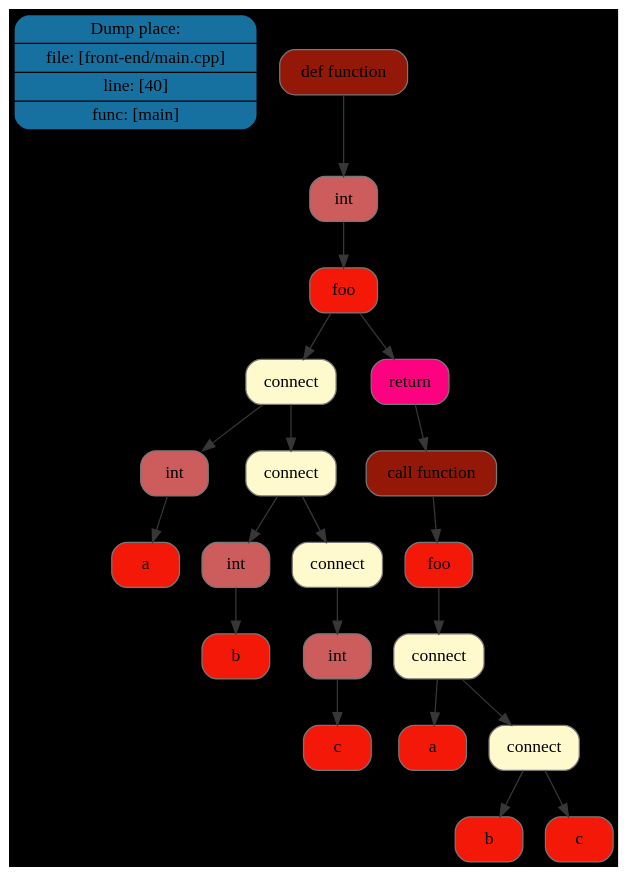
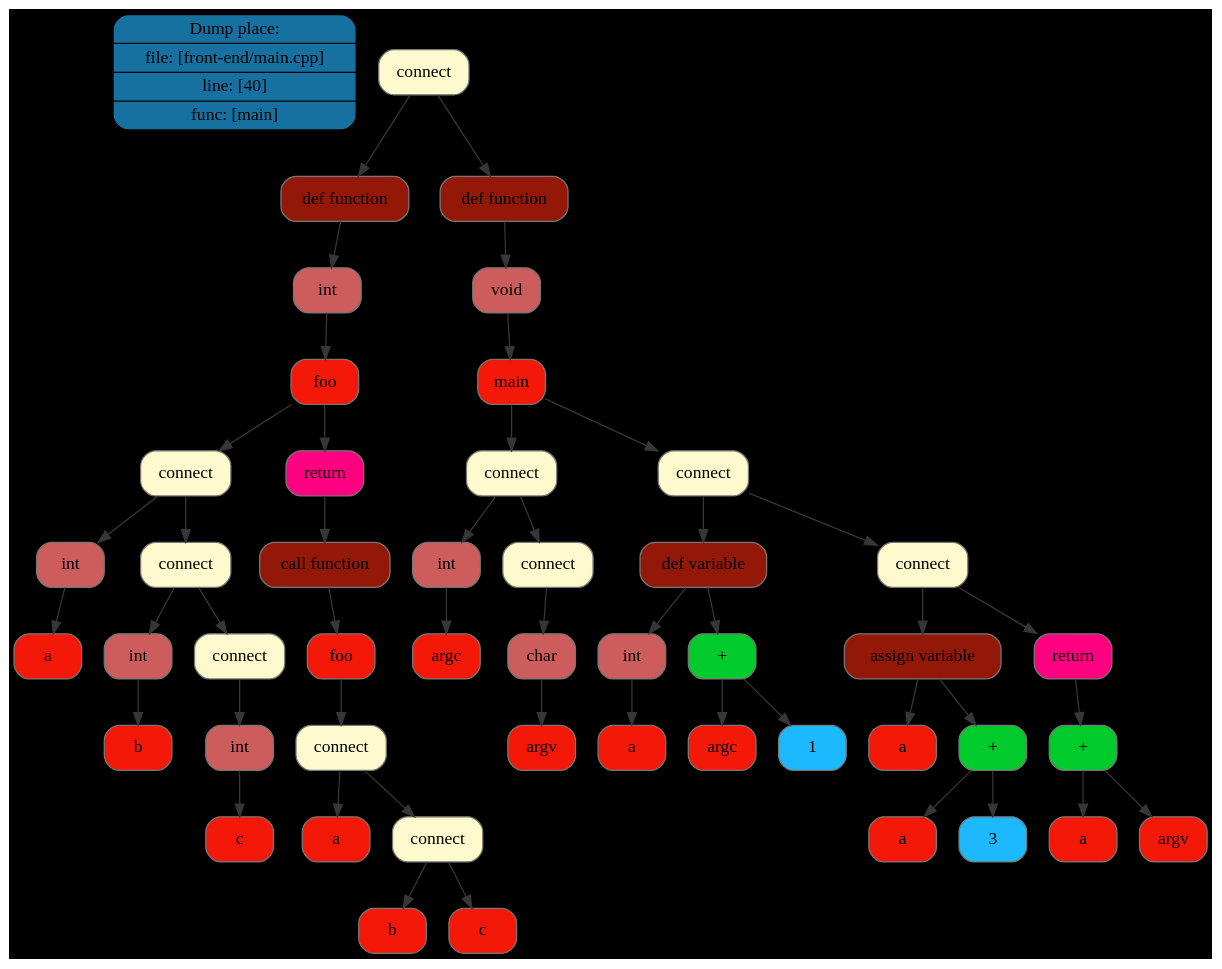
Before and after one commit to Maksim-Sebelev/Language: the diagram in dot/tree/dot/tree1.dot, drawn with Graphviz. The commit also changed 29 other files, not shown here.

```diff
--- a/dot/tree/dot/tree1.dot
+++ b/dot/tree/dot/tree1.dot
@@ -1,45 +1,99 @@
 digraph G{
 rankdir=TB
 graph [bgcolor="#000000"];
 place[shape=Mrecord, style=filled, fillcolor="#1771a0", pos="0,1!",label = " { Dump place: | file: [front-end/main.cpp] | line: [40] | func: [main] } "color = "#000000"];
-node0x5070000008e0[shape=Mrecord, style=filled, fillcolor="#931807"label = "def function", color = "#777777"];
+node0x5070000014b0[shape=Mrecord, style=filled, fillcolor="#FFFACD"label = "connect", color = "#777777"];
+node0x507000001440[shape=Mrecord, style=filled, fillcolor="#931807"label = "def function", color = "#777777"];
 node0x507000000090[shape=Mrecord, style=filled, fillcolor="#CD5C5C"label = "int", color = "#777777"];
 node0x507000000100[shape=Mrecord, style=filled, fillcolor="#f31807"label = "foo", color = "#777777"];
 node0x507000000250[shape=Mrecord, style=filled, fillcolor="#FFFACD"label = "connect", color = "#777777"];
 node0x507000000170[shape=Mrecord, style=filled, fillcolor="#CD5C5C"label = "int", color = "#777777"];
 node0x5070000001e0[shape=Mrecord, style=filled, fillcolor="#f31807"label = "a", color = "#777777"];
 node0x5070000003a0[shape=Mrecord, style=filled, fillcolor="#FFFACD"label = "connect", color = "#777777"];
 node0x5070000002c0[shape=Mrecord, style=filled, fillcolor="#CD5C5C"label = "int", color = "#777777"];
 node0x507000000330[shape=Mrecord, style=filled, fillcolor="#f31807"label = "b", color = "#777777"];
 node0x5070000004f0[shape=Mrecord, style=filled, fillcolor="#FFFACD"label = "connect", color = "#777777"];
 node0x507000000410[shape=Mrecord, style=filled, fillcolor="#CD5C5C"label = "int", color = "#777777"];
 node0x507000000480[shape=Mrecord, style=filled, fillcolor="#f31807"label = "c", color = "#777777"];
 node0x507000000870[shape=Mrecord, style=filled, fillcolor="#FF0080"label = "return", color = "#777777"];
 node0x507000000800[shape=Mrecord, style=filled, fillcolor="#931807"label = "call function", color = "#777777"];
 node0x507000000560[shape=Mrecord, style=filled, fillcolor="#f31807"label = "foo", color = "#777777"];
 node0x507000000790[shape=Mrecord, style=filled, fillcolor="#FFFACD"label = "connect", color = "#777777"];
 node0x5070000005d0[shape=Mrecord, style=filled, fillcolor="#f31807"label = "a", color = "#777777"];
 node0x507000000720[shape=Mrecord, style=filled, fillcolor="#FFFACD"label = "connect", color = "#777777"];
 node0x507000000640[shape=Mrecord, style=filled, fillcolor="#f31807"label = "b", color = "#777777"];
 node0x5070000006b0[shape=Mrecord, style=filled, fillcolor="#f31807"label = "c", color = "#777777"];
+node0x5070000013d0[shape=Mrecord, style=filled, fillcolor="#931807"label = "def function", color = "#777777"];
+node0x5070000008e0[shape=Mrecord, style=filled, fillcolor="#CD5C5C"label = "void", color = "#777777"];
+node0x507000000950[shape=Mrecord, style=filled, fillcolor="#f31807"label = "main", color = "#777777"];
+node0x507000000aa0[shape=Mrecord, style=filled, fillcolor="#FFFACD"label = "connect", color = "#777777"];
+node0x5070000009c0[shape=Mrecord, style=filled, fillcolor="#CD5C5C"label = "int", color = "#777777"];
+node0x507000000a30[shape=Mrecord, style=filled, fillcolor="#f31807"label = "argc", color = "#777777"];
+node0x507000000bf0[shape=Mrecord, style=filled, fillcolor="#FFFACD"label = "connect", color = "#777777"];
+node0x507000000b10[shape=Mrecord, style=filled, fillcolor="#CD5C5C"label = "char", color = "#777777"];
+node0x507000000b80[shape=Mrecord, style=filled, fillcolor="#f31807"label = "argv", color = "#777777"];
+node0x507000001360[shape=Mrecord, style=filled, fillcolor="#FFFACD"label = "connect", color = "#777777"];
+node0x507000000e90[shape=Mrecord, style=filled, fillcolor="#931807"label = "def variable", color = "#777777"];
+node0x507000000c60[shape=Mrecord, style=filled, fillcolor="#CD5C5C"label = "int", color = "#777777"];
+node0x507000000cd0[shape=Mrecord, style=filled, fillcolor="#f31807"label = "a", color = "#777777"];
+node0x507000000e20[shape=Mrecord, style=filled, fillcolor="#00ca2c"label = "\+", color = "#777777"];
+node0x507000000d40[shape=Mrecord, style=filled, fillcolor="#f31807"label = "argc", color = "#777777"];
+node0x507000000db0[shape=Mrecord, style=filled, fillcolor="#1cb9ff"label = "1", color = "#777777"];
+node0x5070000012f0[shape=Mrecord, style=filled, fillcolor="#FFFACD"label = "connect", color = "#777777"];
+node0x5070000010c0[shape=Mrecord, style=filled, fillcolor="#931807"label = "assign variable", color = "#777777"];
+node0x507000000f00[shape=Mrecord, style=filled, fillcolor="#f31807"label = "a", color = "#777777"];
+node0x507000001050[shape=Mrecord, style=filled, fillcolor="#00ca2c"label = "\+", color = "#777777"];
+node0x507000000f70[shape=Mrecord, style=filled, fillcolor="#f31807"label = "a", color = "#777777"];
+node0x507000000fe0[shape=Mrecord, style=filled, fillcolor="#1cb9ff"label = "3", color = "#777777"];
+node0x507000001280[shape=Mrecord, style=filled, fillcolor="#FF0080"label = "return", color = "#777777"];
+node0x507000001210[shape=Mrecord, style=filled, fillcolor="#00ca2c"label = "\+", color = "#777777"];
+node0x507000001130[shape=Mrecord, style=filled, fillcolor="#f31807"label = "a", color = "#777777"];
+node0x5070000011a0[shape=Mrecord, style=filled, fillcolor="#f31807"label = "argv", color = "#777777"];
 edge[color="#373737"];
-node0x5070000008e0->node0x507000000090;
+node0x5070000014b0->node0x507000001440;
+node0x507000001440->node0x507000000090;
 node0x507000000090->node0x507000000100;
 node0x507000000100->node0x507000000250;
 node0x507000000250->node0x507000000170;
 node0x507000000170->node0x5070000001e0;
 node0x507000000250->node0x5070000003a0;
 node0x5070000003a0->node0x5070000002c0;
 node0x5070000002c0->node0x507000000330;
 node0x5070000003a0->node0x5070000004f0;
 node0x5070000004f0->node0x507000000410;
 node0x507000000410->node0x507000000480;
 node0x507000000100->node0x507000000870;
 node0x507000000870->node0x507000000800;
 node0x507000000800->node0x507000000560;
 node0x507000000560->node0x507000000790;
 node0x507000000790->node0x5070000005d0;
 node0x507000000790->node0x507000000720;
 node0x507000000720->node0x507000000640;
 node0x507000000720->node0x5070000006b0;
+node0x5070000014b0->node0x5070000013d0;
+node0x5070000013d0->node0x5070000008e0;
+node0x5070000008e0->node0x507000000950;
+node0x507000000950->node0x507000000aa0;
+node0x507000000aa0->node0x5070000009c0;
+node0x5070000009c0->node0x507000000a30;
+node0x507000000aa0->node0x507000000bf0;
+node0x507000000bf0->node0x507000000b10;
+node0x507000000b10->node0x507000000b80;
+node0x507000000950->node0x507000001360;
+node0x507000001360->node0x507000000e90;
+node0x507000000e90->node0x507000000c60;
+node0x507000000c60->node0x507000000cd0;
+node0x507000000e90->node0x507000000e20;
+node0x507000000e20->node0x507000000d40;
+node0x507000000e20->node0x507000000db0;
+node0x507000001360->node0x5070000012f0;
+node0x5070000012f0->node0x5070000010c0;
+node0x5070000010c0->node0x507000000f00;
+node0x5070000010c0->node0x507000001050;
+node0x507000001050->node0x507000000f70;
+node0x507000001050->node0x507000000fe0;
+node0x5070000012f0->node0x507000001280;
+node0x507000001280->node0x507000001210;
+node0x507000001210->node0x507000001130;
+node0x507000001210->node0x5070000011a0;
 }
```
